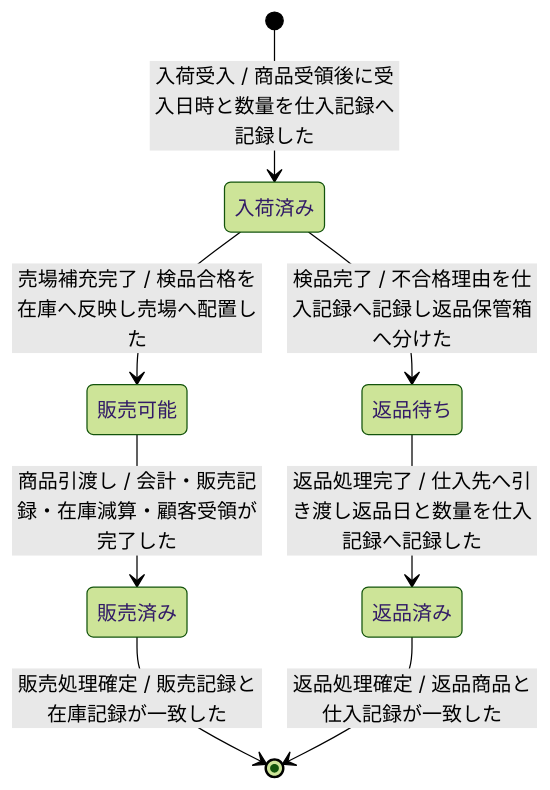
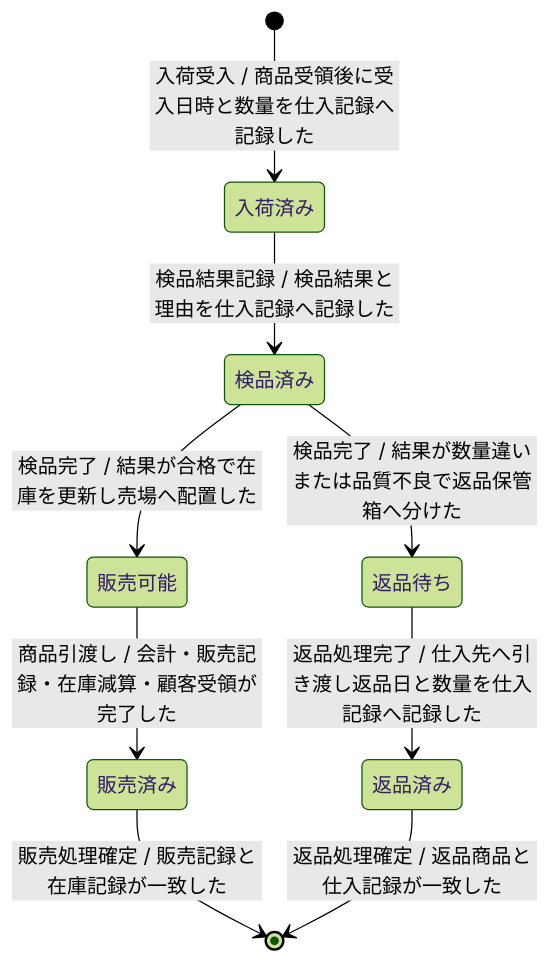
The diagram in docs/ja/specdojo/samples/stsd-sample.md (specdojo/specdojo), drawn with Mermaid (forest theme) before and after one commit. The commit also changed other lines of this file and 12 other files, not shown here.

Commit message:
exec(register PJR-YM9Y): mermaid rulebook 2 本と cdfd / stsd sample の grade 指摘を解消する

````diff
--- a/docs/ja/specdojo/samples/stsd-sample.md
+++ b/docs/ja/specdojo/samples/stsd-sample.md
@@ -34,10 +35,11 @@
 ```mermaid
 stateDiagram-v2
   [*] --> 入荷済み : 入荷受入 / 商品受領後に受入日時と数量を仕入記録へ記録した
-  入荷済み --> 販売可能 : 売場補充完了 / 検品合格を在庫へ反映し売場へ配置した
-  入荷済み --> 返品待ち : 検品完了 / 不合格理由を仕入記録へ記録し返品保管箱へ分けた
+  入荷済み --> 検品済み : 検品結果記録 / 検品結果と理由を仕入記録へ記録した
+  検品済み --> 販売可能 : 検品完了 / 結果が合格で在庫を更新し売場へ配置した
+  検品済み --> 返品待ち : 検品完了 / 結果が数量違いまたは品質不良で返品保管箱へ分けた
   販売可能 --> 販売済み : 商品引渡し / 会計・販売記録・在庫減算・顧客受領が完了した
   返品待ち --> 返品済み : 返品処理完了 / 仕入先へ引き渡し返品日と数量を仕入記録へ記録した
   販売済み --> [*] : 販売処理確定 / 販売記録と在庫記録が一致した
   返品済み --> [*] : 返品処理確定 / 返品商品と仕入記録が一致した
 ```
````
